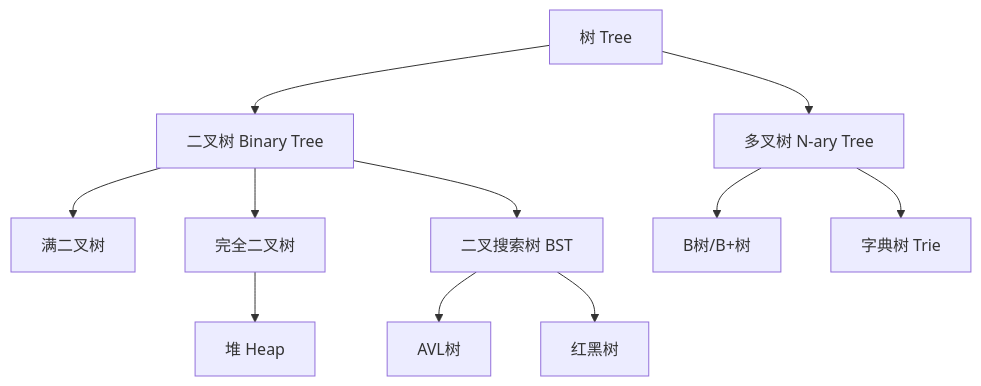
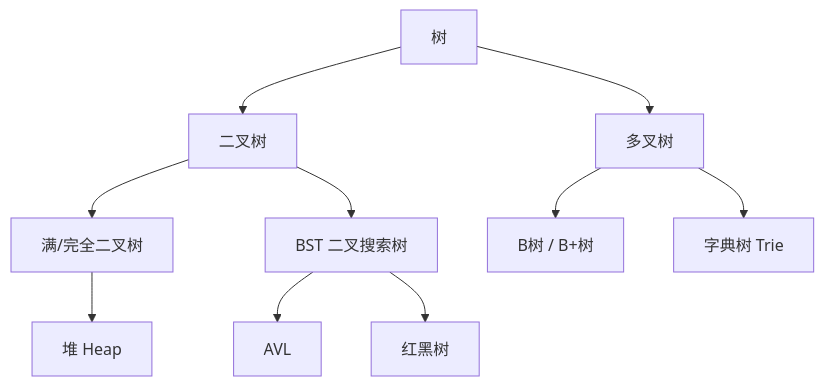
One commit to chongyang211/YCBookBlog changed the first of 3 diagrams in 00.通用技术的提升/08.数据结构算法/08.二叉树的操作实践.md. Above: the diagram before and after it, drawn with Mermaid. The commit also changed other lines of this file and 194 other files, not shown here.

````diff
--- a/00.通用技术的提升/08.数据结构算法/08.二叉树的操作实践.md
+++ b/00.通用技术的提升/08.数据结构算法/08.二叉树的操作实践.md
@@ -157,13 +104,12 @@
 ```mermaid
 graph TD
-    A[树 Tree] --> B[二叉树 Binary Tree]
-    A --> C[多叉树 N-ary Tree]
-    B --> D[满二叉树]
-    B --> E[完全二叉树]
-    B --> F[二叉搜索树 BST]
-    F --> G[AVL树]
-    F --> H[红黑树]
-    C --> I[B树/B+树]
+    A[树] --> B[二叉树]
+    A --> C[多叉树]
+    B --> D[满/完全二叉树]
+    B --> E[BST 二叉搜索树]
+    E --> F[AVL]
+    E --> G[红黑树]
+    D --> H[堆 Heap]
+    C --> I[B树 / B+树]
     C --> J[字典树 Trie]
-    E --> K[堆 Heap]
 ```
````
